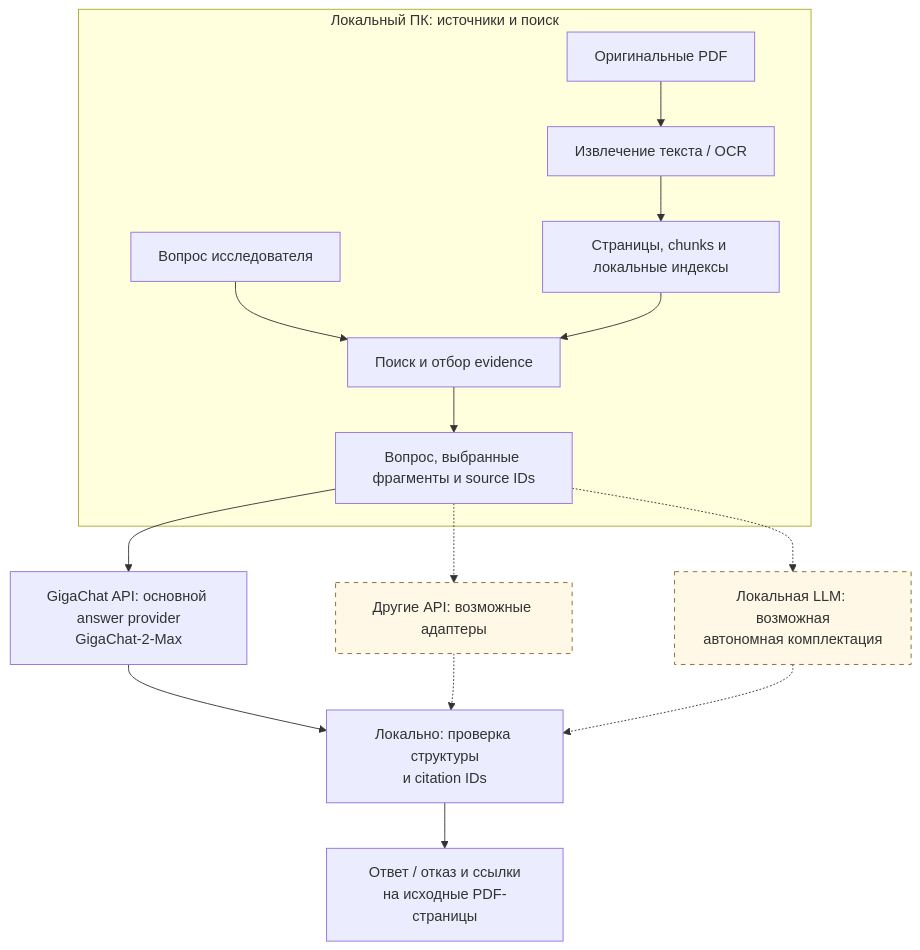
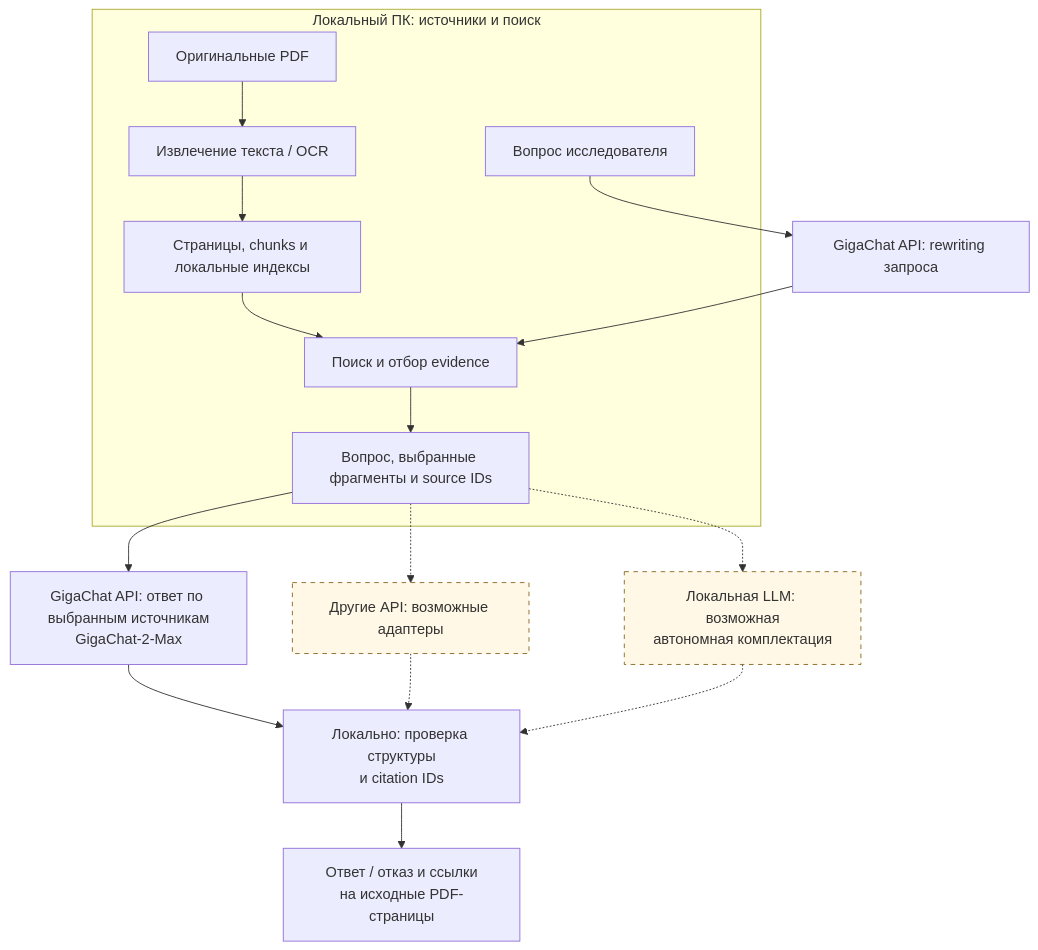
One commit to SpatialKnots/Nafion-RAG changed the diagram in README.md. Above: the diagram before and after it, drawn with Mermaid. The commit also changed other lines of this file and 5 other files, not shown here.

````diff
--- a/README.md
+++ b/README.md
@@ -15,22 +15,25 @@
 ```mermaid
 flowchart TB
     subgraph PC["Локальный ПК: источники и поиск"]
         PDF["Оригинальные PDF"] --> TEXT["Извлечение текста / OCR"]
         TEXT --> DB["Страницы, chunks и локальные индексы"]
-        Q["Вопрос исследователя"] --> SEARCH["Поиск и отбор evidence"]
+        Q["Вопрос исследователя"]
+        SEARCH["Поиск и отбор evidence"]
         DB --> SEARCH
         SEARCH --> PACK["Вопрос, выбранные фрагменты и source IDs"]
     end
 
-    PACK --> GIGACHAT["GigaChat API: основной answer provider<br/>GigaChat-2-Max"]
+    Q --> REWRITE["GigaChat API: rewriting запроса"]
+    REWRITE --> SEARCH
+    PACK --> GIGACHAT["GigaChat API: ответ по выбранным источникам<br/>GigaChat-2-Max"]
     PACK -.-> OTHER["Другие API: возможные адаптеры"]
     PACK -.-> LOCAL["Локальная LLM: возможная<br/>автономная комплектация"]
 
     GIGACHAT --> CHECK["Локально: проверка структуры<br/>и citation IDs"]
     OTHER -.-> CHECK
     LOCAL -.-> CHECK
     CHECK --> RESULT["Ответ / отказ и ссылки<br/>на исходные PDF-страницы"]
 
     classDef planned fill:#fff8e6,stroke:#8a6620,stroke-dasharray:5 5;
     class OTHER,LOCAL planned;
 ```
````
